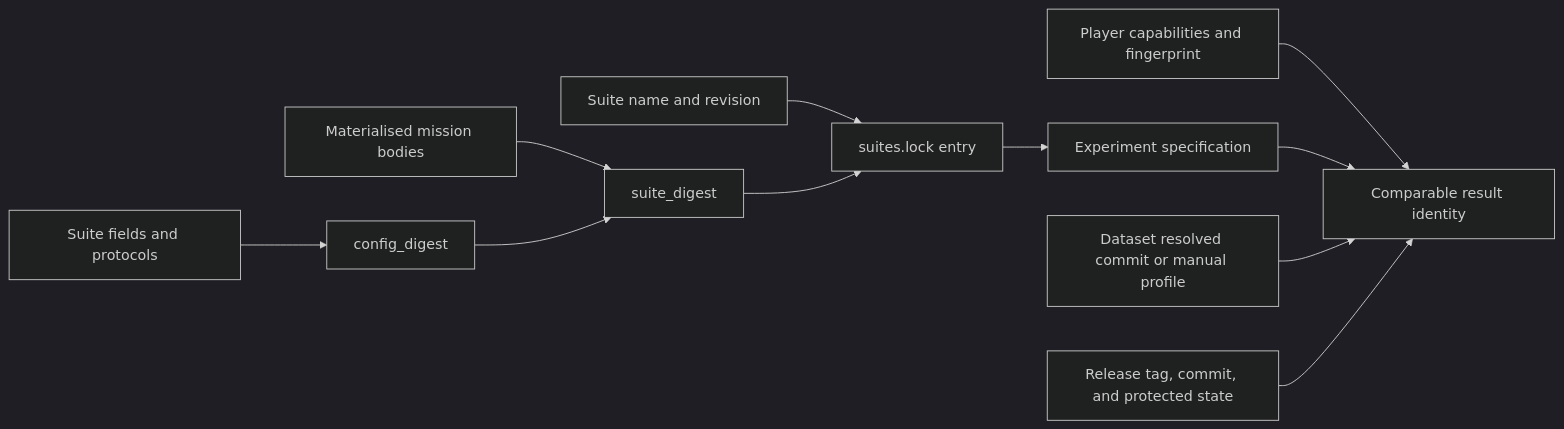
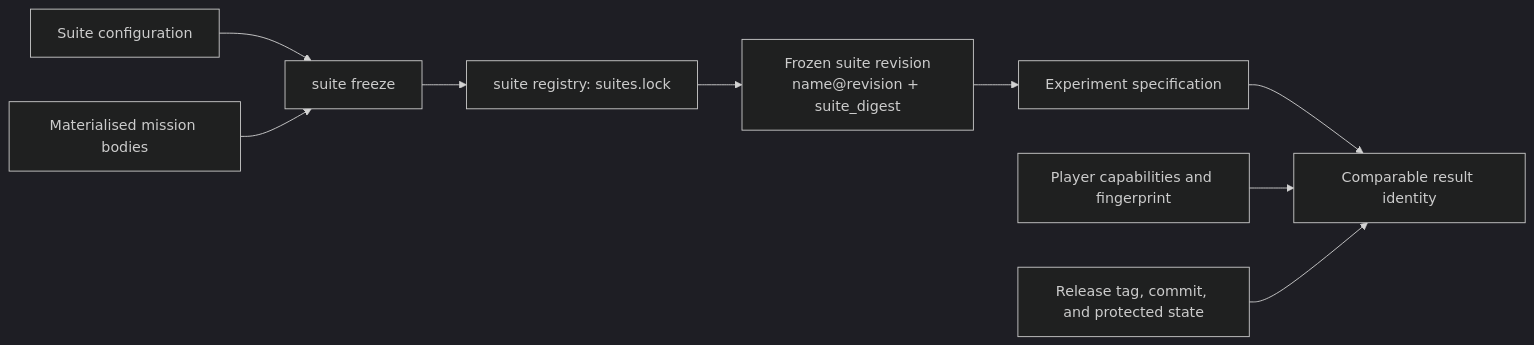
The diagram in docs/understand/suites-revisions-and-comparability.md (GPTNT/gptnt), drawn with Mermaid (dark theme) before and after one commit. The commit also changed other lines of this file and 32 other files, not shown here.

First line of the commit message:
feat(suites): add versioned suite snapshots for reproducible submissions (#98)

````diff
--- a/docs/understand/suites-revisions-and-comparability.md
+++ b/docs/understand/suites-revisions-and-comparability.md
@@ -22,13 +24,11 @@
 ```mermaid
 flowchart LR
-    C["Suite fields and protocols"] --> CD["config_digest"]
-    M["Materialised mission bodies"] --> SD["suite_digest"]
-    CD --> SD
-    R["Suite name and revision"] --> L["suites.lock entry"]
-    SD --> L
-    L --> S["Experiment specification"]
-    P["Player capabilities and fingerprint"] --> X["Comparable result identity"]
-    S --> X
-    D["Dataset resolved commit or manual profile"] --> X
+    C["Suite configuration"] --> F["suite freeze"]
+    M["Materialised mission bodies"] --> F
+    F --> R["suite registry: suites.lock"]
+    R --> S["Frozen suite revision\nname@revision + suite_digest"]
+    S --> E["Experiment specification"]
+    E --> X["Comparable result identity"]
+    P["Player capabilities and fingerprint"] --> X
     B["Release tag, commit, and protected state"] --> X
 ```
````
